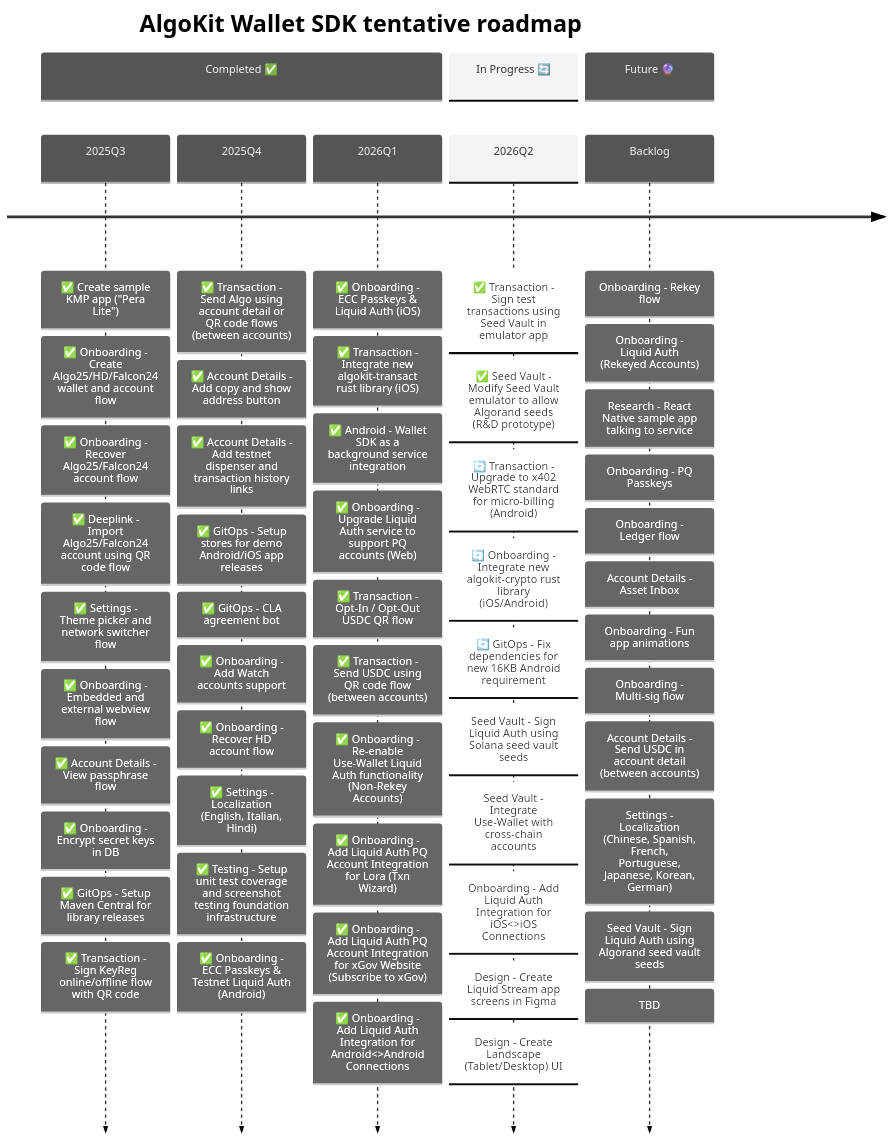
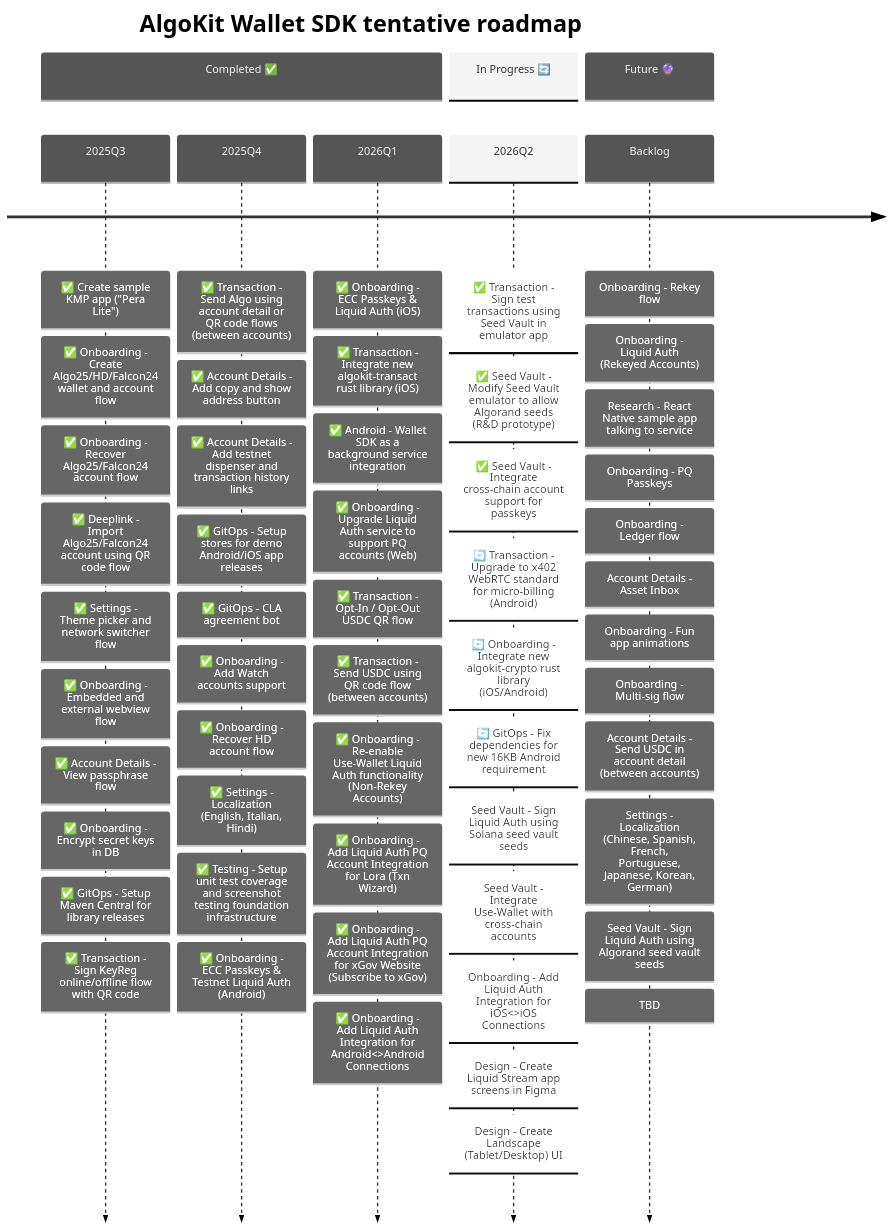
The second of 3 diagrams in README.md (michaeltchuangllc/algokit-walletsdk-kmp), drawn with Mermaid before and after one commit. The commit also changed 58 other files, not shown here.

Commit message:
feat: add in Solana seed vault liquid auth support (#271)

````diff
--- a/README.md
+++ b/README.md
@@ -69,69 +69,70 @@
 ```mermaid
 ---
 config:
   theme: 'neutral'
 ---
 timeline
     title AlgoKit Wallet SDK tentative roadmap
 
     section Completed ✅
     2025Q3  : ✅ Create sample KMP app ("Pera Lite")
             : ✅ Onboarding - Create Algo25/HD/Falcon24 wallet and account flow
             : ✅ Onboarding - Recover Algo25/Falcon24 account flow
             : ✅ Deeplink - Import Algo25/Falcon24 account using QR code flow
             : ✅ Settings - Theme picker and network switcher flow
             : ✅ Onboarding - Embedded and external webview flow
             : ✅ Account Details - View passphrase flow
             : ✅ Onboarding - Encrypt secret keys in DB
             : ✅ GitOps - Setup Maven Central for library releases
             : ✅ Transaction - Sign KeyReg online/offline flow with QR code
 
     2025Q4  : ✅ Transaction - Send Algo using account detail or QR code flows (between accounts)
             : ✅ Account Details - Add copy and show address button
             : ✅ Account Details - Add testnet dispenser and transaction history links
             : ✅ GitOps - Setup stores for demo Android/iOS app releases
             : ✅ GitOps - CLA agreement bot
             : ✅ Onboarding - Add Watch accounts support
             : ✅ Onboarding - Recover HD account flow
             : ✅ Settings - Localization (English, Italian, Hindi)
             : ✅ Testing - Setup unit test coverage and screenshot testing foundation infrastructure
             : ✅ Onboarding - ECC Passkeys & Testnet Liquid Auth (Android)
 
     2026Q1  : ✅ Onboarding - ECC Passkeys & Liquid Auth (iOS)
             : ✅ Transaction - Integrate new algokit-transact rust library (iOS)
             : ✅ Android - Wallet SDK as a background service integration
             : ✅ Onboarding - Upgrade Liquid Auth service to support PQ accounts (Web)
             : ✅ Transaction - Opt-In / Opt-Out USDC QR flow
             : ✅ Transaction - Send USDC using QR code flow (between accounts)
             : ✅ Onboarding - Re-enable Use-Wallet Liquid Auth functionality (Non-Rekey Accounts)
             : ✅ Onboarding - Add Liquid Auth PQ Account Integration for Lora (Txn Wizard)
             : ✅ Onboarding - Add Liquid Auth PQ Account Integration for xGov Website (Subscribe to xGov)
             : ✅ Onboarding - Add Liquid Auth Integration for Android<>Android Connections
 
     section In Progress 🔄
     2026Q2  : ✅ Transaction - Sign test transactions using Seed Vault in emulator app
             : ✅ Seed Vault - Modify Seed Vault emulator to allow Algorand seeds (R&D prototype)
+            : ✅ Seed Vault - Integrate cross-chain account support for passkeys
             : 🔄 Transaction - Upgrade to x402 WebRTC standard for micro-billing (Android)
             : 🔄 Onboarding - Integrate new algokit-crypto rust library (iOS/Android)
             : 🔄 GitOps - Fix dependencies for new 16KB Android requirement
             : Seed Vault - Sign Liquid Auth using Solana seed vault seeds
             : Seed Vault - Integrate Use-Wallet with cross-chain accounts
             : Onboarding - Add Liquid Auth Integration for iOS<>iOS Connections
             : Design - Create Liquid Stream app screens in Figma
             : Design - Create Landscape (Tablet/Desktop) UI
             
     section Future 🔮
     Backlog
             : Onboarding - Rekey flow
             : Onboarding - Liquid Auth (Rekeyed Accounts)
             : Research - React Native sample app talking to service
             : Onboarding - PQ Passkeys
             : Onboarding - Ledger flow
             : Account Details - Asset Inbox
             : Onboarding - Fun app animations
             : Onboarding - Multi-sig flow
             : Account Details - Send USDC in account detail (between accounts)
             : Settings - Localization (Chinese, Spanish, French, Portuguese, Japanese, Korean, German)
             : Seed Vault - Sign Liquid Auth using Algorand seed vault seeds
             : TBD
 ```
````
